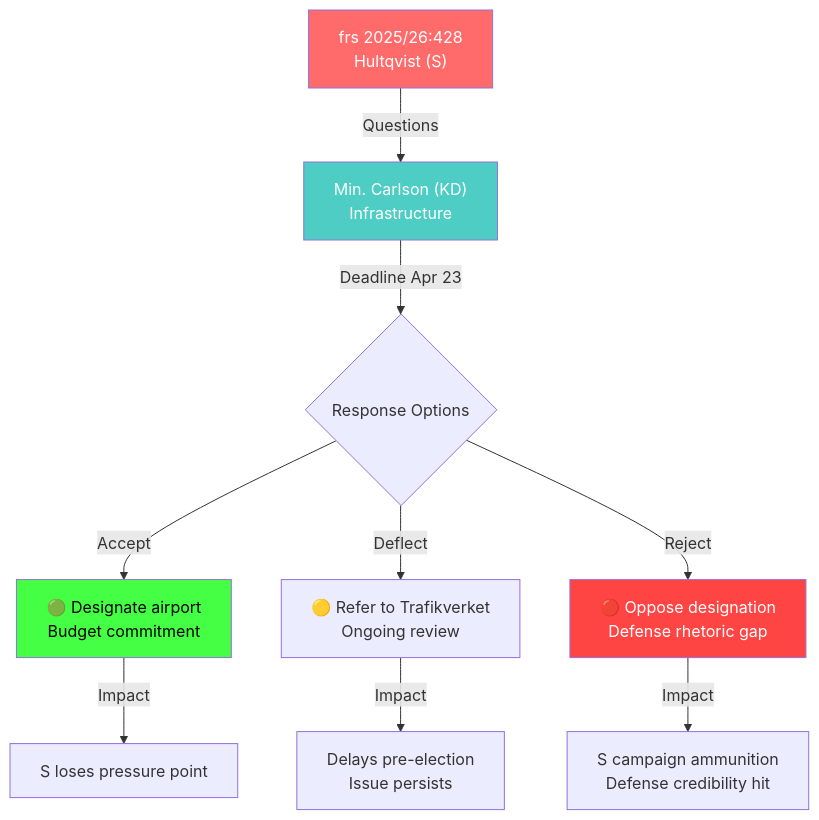
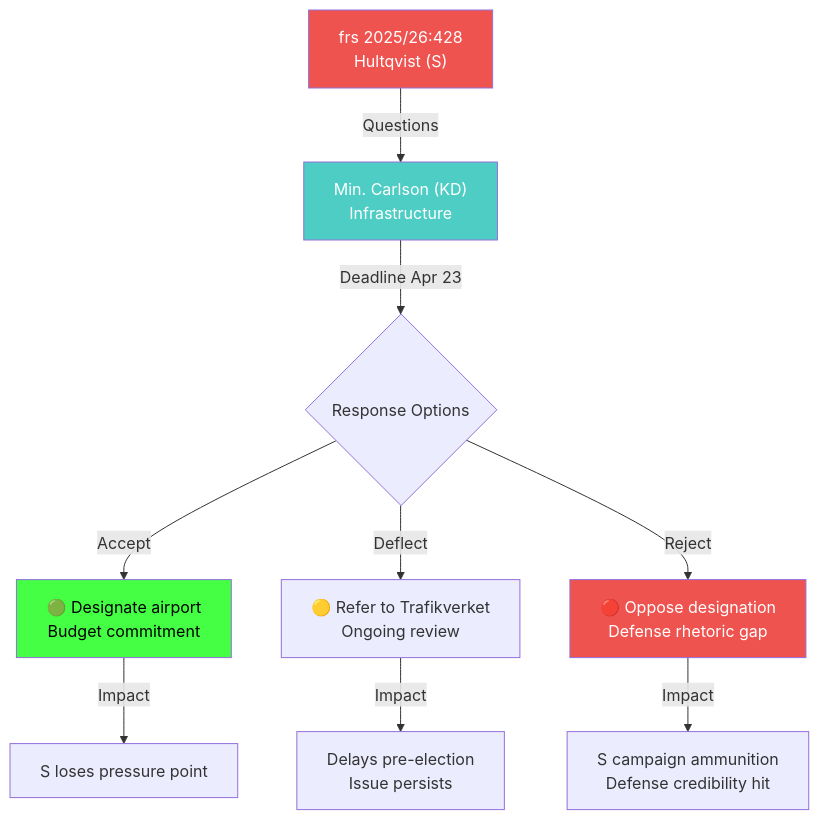
One commit to Hack23/riksdagsmonitor changed the diagram in analysis/daily/2026-04-14/interpellations/documents/HD10428-analysis.md. Above: the diagram before and after it, drawn with Mermaid. The commit also changed 785 other files, not shown here.

First line of the commit message:
Normalize mermaid colors across 786 analysis artifacts to ISMS Style Guide palette

````diff
--- a/analysis/daily/2026-04-14/interpellations/documents/HD10428-analysis.md
+++ b/analysis/daily/2026-04-14/interpellations/documents/HD10428-analysis.md
@@ -46,15 +46,15 @@
 ```mermaid
 flowchart TD
     A["frs 2025/26:428<br/>Hultqvist (S)"] -->|Questions| B["Min. Carlson (KD)<br/>Infrastructure"]
     B -->|Deadline Apr 23| C{Response Options}
     C -->|Accept| D["🟢 Designate airport<br/>Budget commitment"]
     C -->|Deflect| E["🟡 Refer to Trafikverket<br/>Ongoing review"]
     C -->|Reject| F["🔴 Oppose designation<br/>Defense rhetoric gap"]
     D -->|Impact| G["S loses pressure point"]
     E -->|Impact| H["Delays pre-election<br/>Issue persists"]
     F -->|Impact| I["S campaign ammunition<br/>Defense credibility hit"]
-    style A fill:#ff6b6b,color:#fff
-    style B fill:#4ecdc4,color:#fff
-    style F fill:#ff4444,color:#fff
-    style D fill:#44ff44,color:#000
+    style A fill:#EF5350,color:#FFFFFF
+    style B fill:#4ecdc4,color:#FFFFFF
+    style F fill:#EF5350,color:#FFFFFF
+    style D fill:#44ff44,color:#000000
 ```
````
